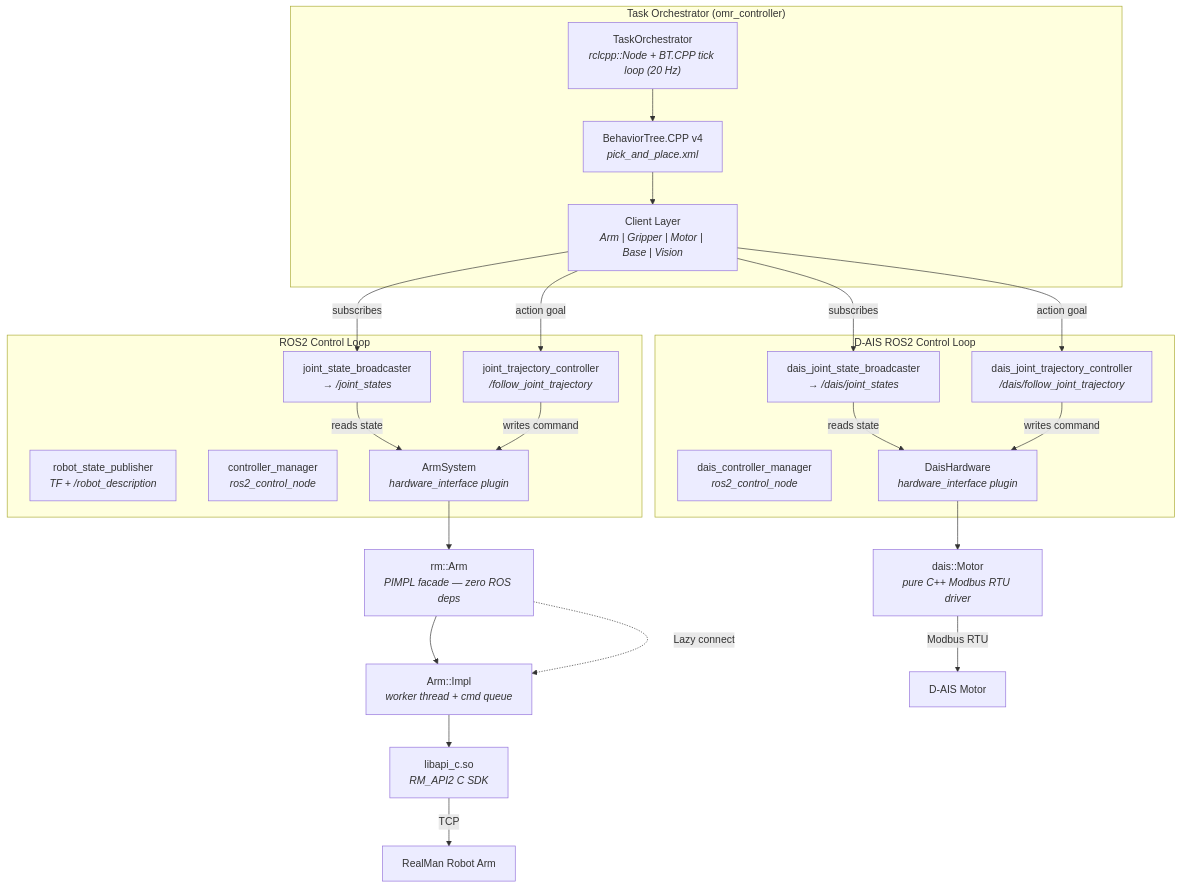
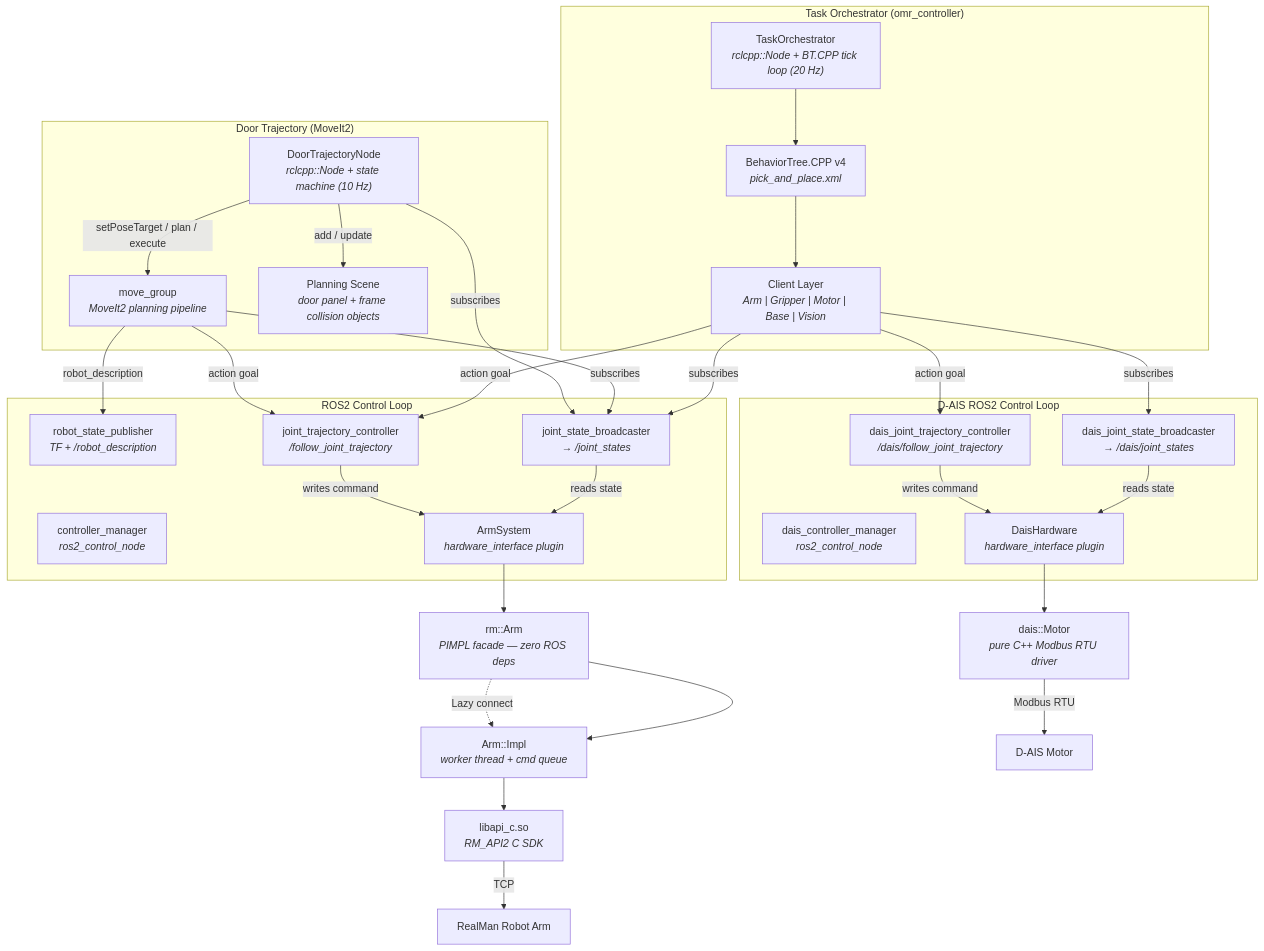
Before and after one commit to sunyuming53-byte/the_first_box: the first of 4 diagrams in README.md, drawn with Mermaid. The commit also changed other lines of this file, not shown here.

Commit message:
docs: add MoveIt2 Door Trajectory to architecture diagram and data flow
- New DoorTraj subgraph in mermaid: DoorTrajectoryNode + move_group + planning scene
- Shows connections to JTC action, /joint_states, and robot_description
- Added door trajectory data flow description alongside existing subsystem docs

````diff
--- a/README.md
+++ b/README.md
@@ -144,48 +144,62 @@
 ```mermaid
 flowchart TD
     subgraph ROS2["ROS2 Control Loop"]
         RSP["robot_state_publisher<br/><i>TF + /robot_description</i>"]
         CM["controller_manager<br/><i>ros2_control_node</i>"]
         JSB["joint_state_broadcaster<br/><i>→ /joint_states</i>"]
         JTC["joint_trajectory_controller<br/><i>/follow_joint_trajectory</i>"]
         HW["ArmSystem<br/><i>hardware_interface plugin</i>"]
     end
 
     JSB -->|reads state| HW
     JTC -->|writes command| HW
     HW --> Arm
 
     Arm["rm::Arm<br/><i>PIMPL facade — zero ROS deps</i>"]
     Arm --> Impl["Arm::Impl<br/><i>worker thread + cmd queue</i>"]
     Impl --> SDK["libapi_c.so<br/><i>RM_API2 C SDK</i>"]
     SDK -->|TCP| HW2["RealMan Robot Arm"]
 
     Arm -.->|Lazy connect| Impl
 
     %% D-AIS Motor subsystem
     subgraph DaisROS2["D-AIS ROS2 Control Loop"]
         DCM["dais_controller_manager<br/><i>ros2_control_node</i>"]
         DJSB["dais_joint_state_broadcaster<br/><i>→ /dais/joint_states</i>"]
         DJTC["dais_joint_trajectory_controller<br/><i>/dais/follow_joint_trajectory</i>"]
         DHW["DaisHardware<br/><i>hardware_interface plugin</i>"]
     end
 
     DJSB -->|reads state| DHW
     DJTC -->|writes command| DHW
     DHW --> Motor["dais::Motor<br/><i>pure C++ Modbus RTU driver</i>"]
     Motor -->|Modbus RTU| PHW["D-AIS Motor"]
 
     %% Task Orchestrator
     subgraph Orchestrator["Task Orchestrator (omr_controller)"]
         ORCH["TaskOrchestrator<br/><i>rclcpp::Node + BT.CPP tick loop (20 Hz)</i>"]
         BT["BehaviorTree.CPP v4<br/><i>pick_and_place.xml</i>"]
         CLIENTS["Client Layer<br/><i>Arm | Gripper | Motor | Base | Vision</i>"]
     end
 
     ORCH --> BT
     BT --> CLIENTS
     CLIENTS -->|action goal| JTC
     CLIENTS -->|subscribes| JSB
     CLIENTS -->|action goal| DJTC
     CLIENTS -->|subscribes| DJSB
+
+    %% Door Trajectory (MoveIt2)
+    subgraph DoorTraj["Door Trajectory (MoveIt2)"]
+        DT["DoorTrajectoryNode<br/><i>rclcpp::Node + state machine (10 Hz)</i>"]
+        MG["move_group<br/><i>MoveIt2 planning pipeline</i>"]
+        DOOR["Planning Scene<br/><i>door panel + frame collision objects</i>"]
+    end
+
+    DT -->|setPoseTarget / plan / execute| MG
+    DT -->|add / update| DOOR
+    MG -->|action goal| JTC
+    MG -->|subscribes| JSB
+    DT -->|subscribes| JSB
+    MG -->|robot_description| RSP
 ```
````
